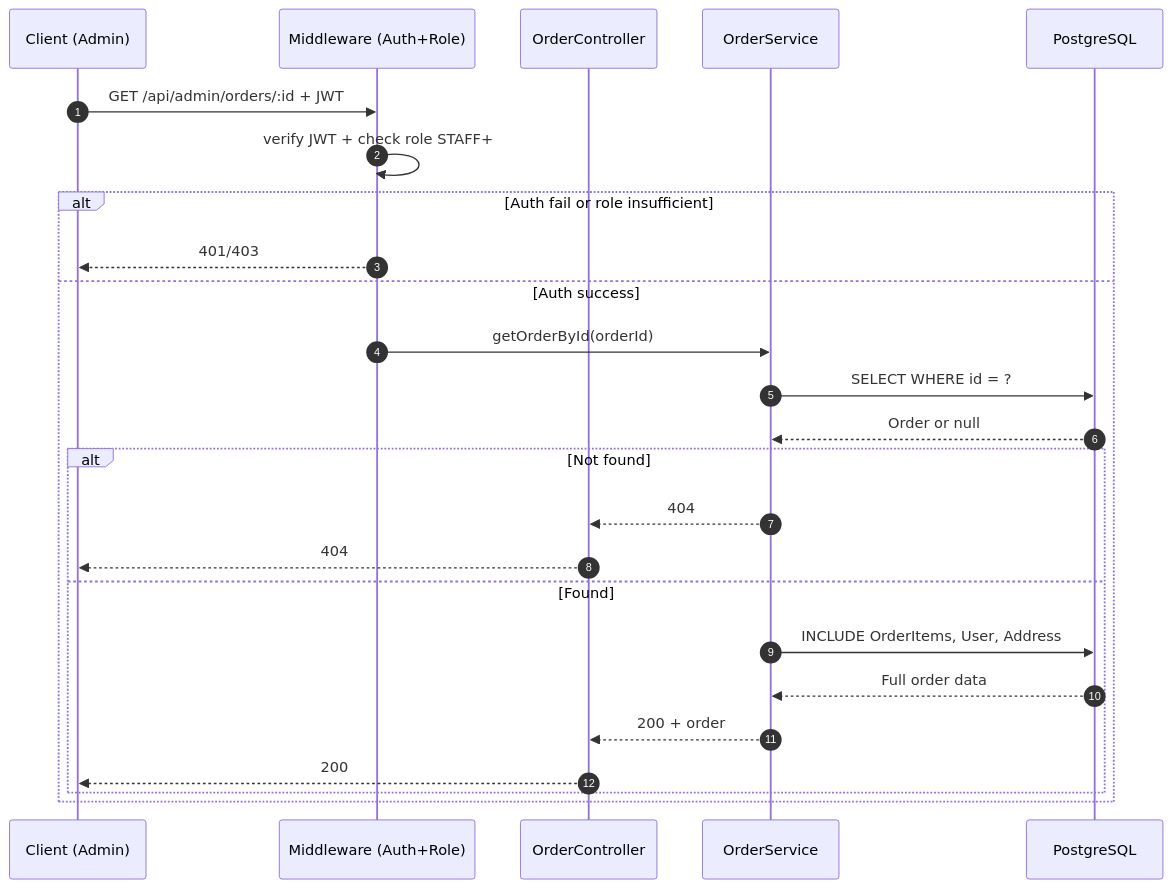
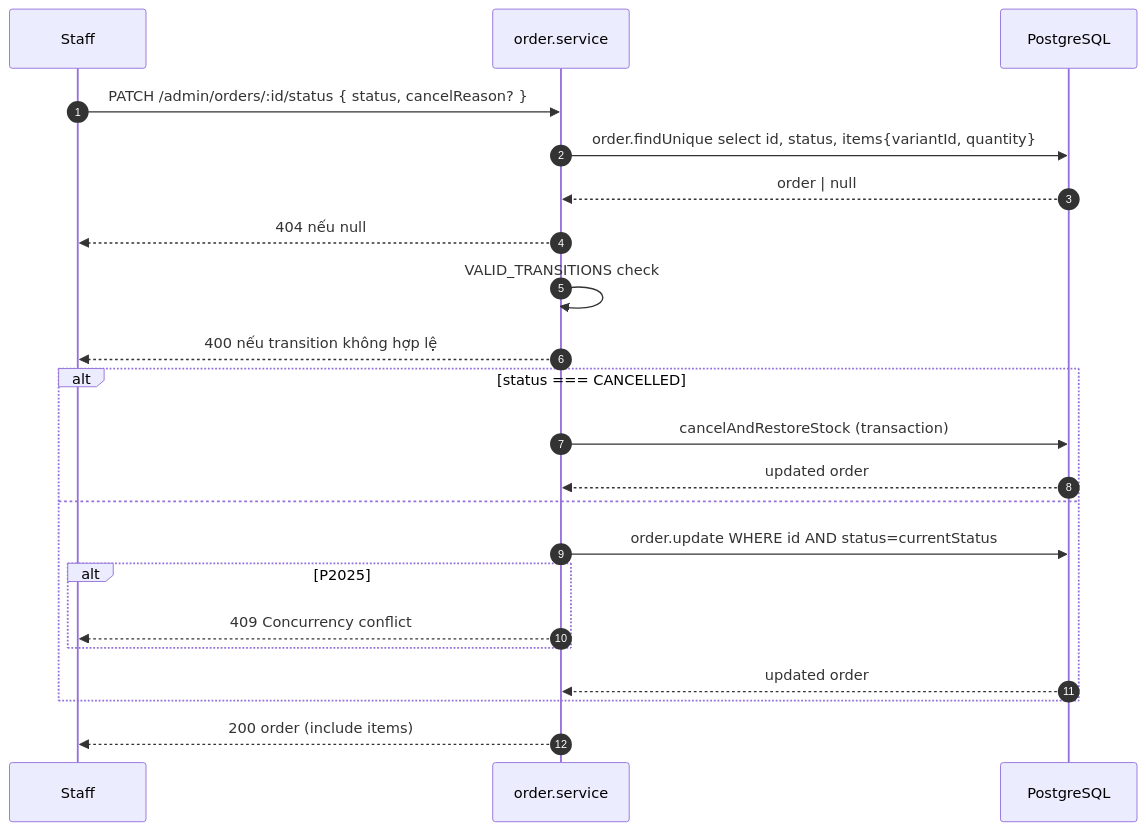
One commit to phamvinh203/mobivexa changed the third of 3 diagrams in docs/Order/SequenceDiagram.md. Above: the diagram before and after it, drawn with Mermaid. The commit also changed other lines of this file and 79 other files, not shown here.

Commit message:
📜 Add documentation for Inventory and Favorite modules including Use Cases, API Specifications, and Activity Diagrams

````diff
--- a/docs/Order/SequenceDiagram.md
+++ b/docs/Order/SequenceDiagram.md
@@ -241,28 +120,27 @@
 ```mermaid
 sequenceDiagram
     autonumber
-    participant C as Client (Admin)
-    participant M as Middleware (Auth+Role)
-    participant API as OrderController
-    participant S as OrderService
+    participant S as Staff
+    participant Svc as order.service
     participant DB as PostgreSQL
 
-    C->>M: GET /api/admin/orders/:id + JWT
-    M->>M: verify JWT + check role STAFF+
-    alt Auth fail or role insufficient
-        M-->>C: 401/403
-    else Auth success
-        M->>S: getOrderById(orderId)
-        S->>DB: SELECT WHERE id = ?
-        DB-->>S: Order or null
-        alt Not found
-            S-->>API: 404
-            API-->>C: 404
-        else Found
-            S->>DB: INCLUDE OrderItems, User, Address
-            DB-->>S: Full order data
-            S-->>API: 200 + order
-            API-->>C: 200
+    S->>Svc: PATCH /admin/orders/:id/status { status, cancelReason? }
+    Svc->>DB: order.findUnique select id, status, items{variantId, quantity}
+    DB-->>Svc: order | null
+    Svc-->>S: 404 nếu null
+
+    Svc->>Svc: VALID_TRANSITIONS check
+    Svc-->>S: 400 nếu transition không hợp lệ
+
+    alt status === CANCELLED
+        Svc->>DB: cancelAndRestoreStock (transaction)
+        DB-->>Svc: updated order
+    else
+        Svc->>DB: order.update WHERE id AND status=currentStatus
+        alt P2025
+            Svc-->>S: 409 Concurrency conflict
         end
+        DB-->>Svc: updated order
     end
+    Svc-->>S: 200 order (include items)
 ```
````
